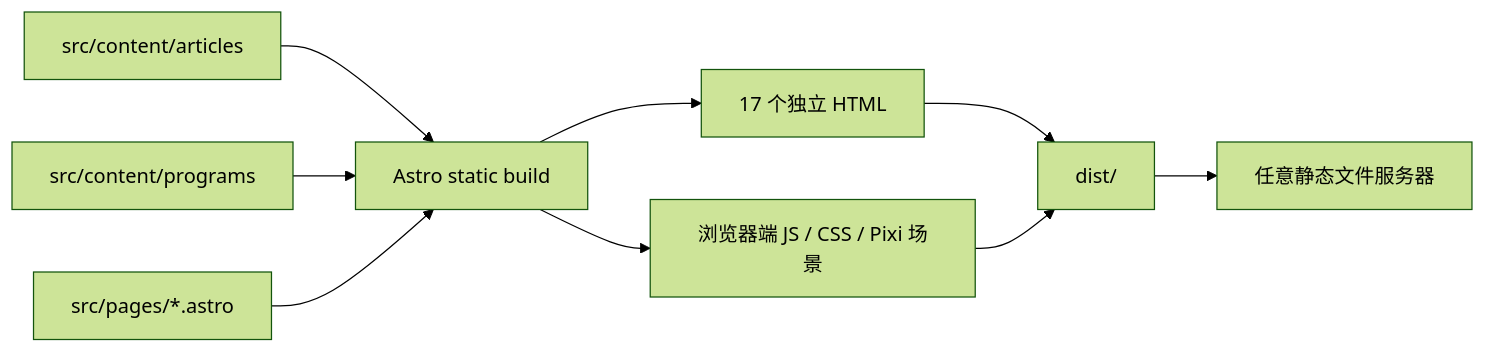
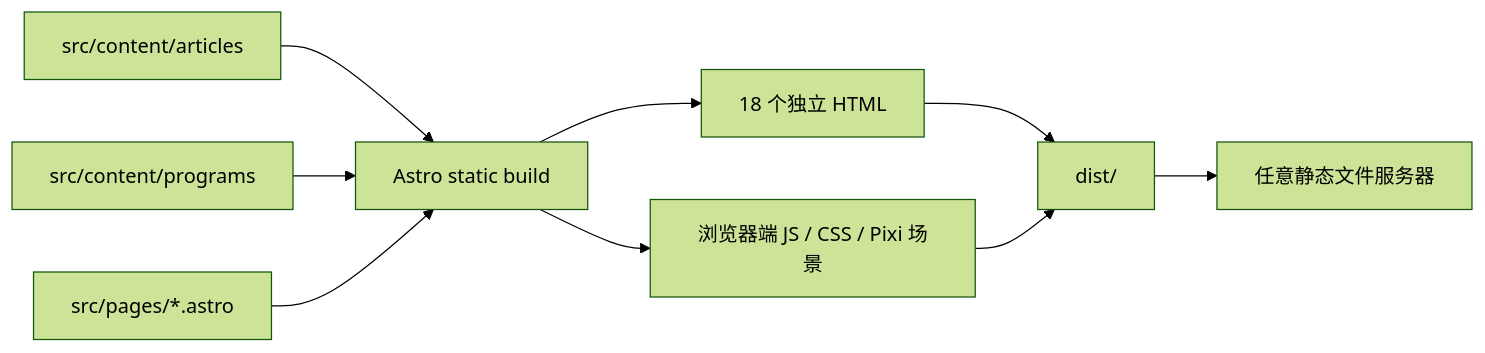
One commit to WALK-FISH2/walk_fish_net changed the diagram in 03_SourceCode/Website/architecture.md. Above: the diagram before and after it, drawn with Mermaid (forest theme). The commit also changed other lines of this file and 11 other files, not shown here.

````diff
--- a/03_SourceCode/Website/architecture.md
+++ b/03_SourceCode/Website/architecture.md
@@ -36,20 +36,20 @@
 ```mermaid
 flowchart LR
     Articles["src/content/articles"]
     Programs["src/content/programs"]
     Pages["src/pages/*.astro"]
     Astro["Astro static build"]
-    HTML["17 个独立 HTML"]
+    HTML["18 个独立 HTML"]
     Assets["浏览器端 JS / CSS / Pixi 场景"]
     Dist["dist/"]
     Host["任意静态文件服务器"]
 
     Articles --> Astro
     Programs --> Astro
     Pages --> Astro
     Astro --> HTML
     Astro --> Assets
     HTML --> Dist
     Assets --> Dist
     Dist --> Host
 ```
````
